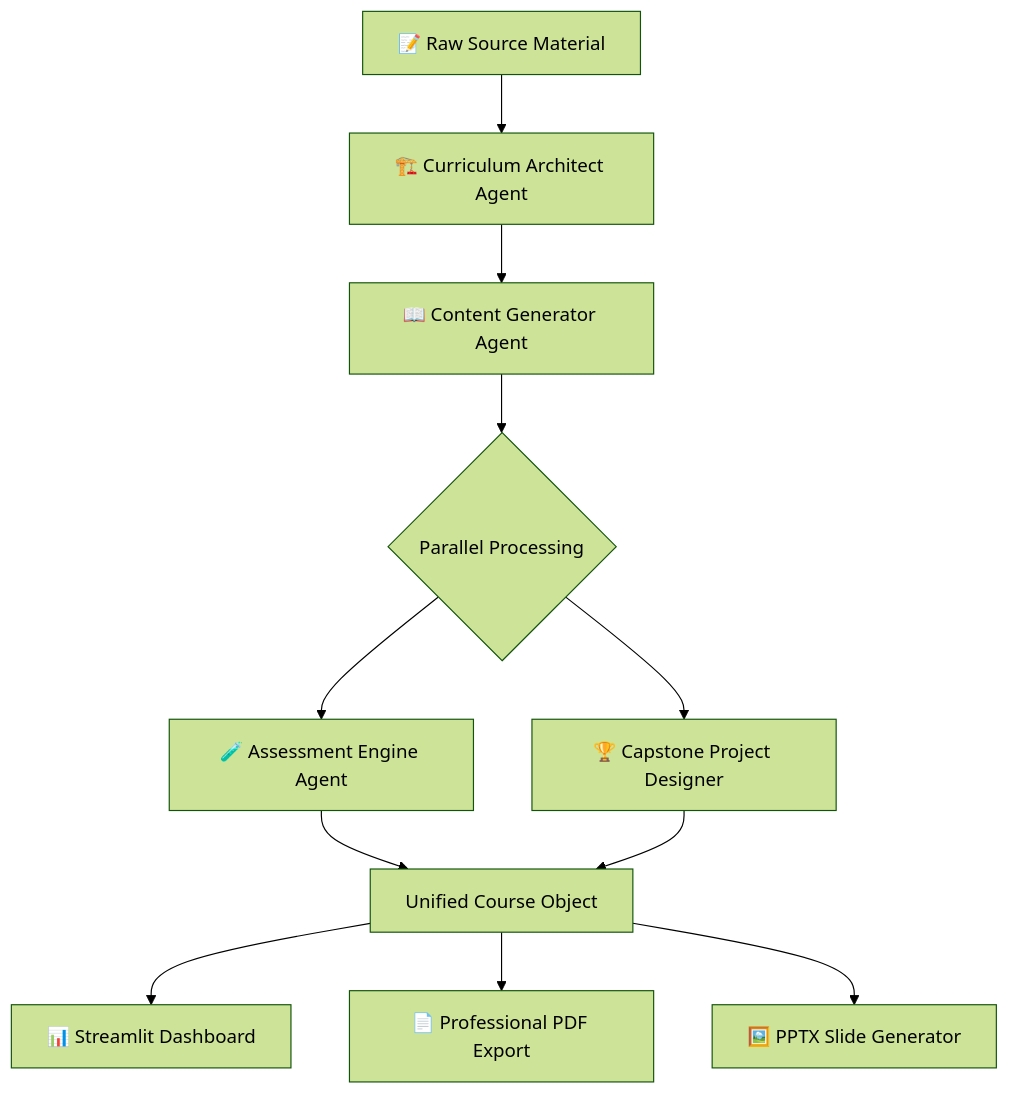
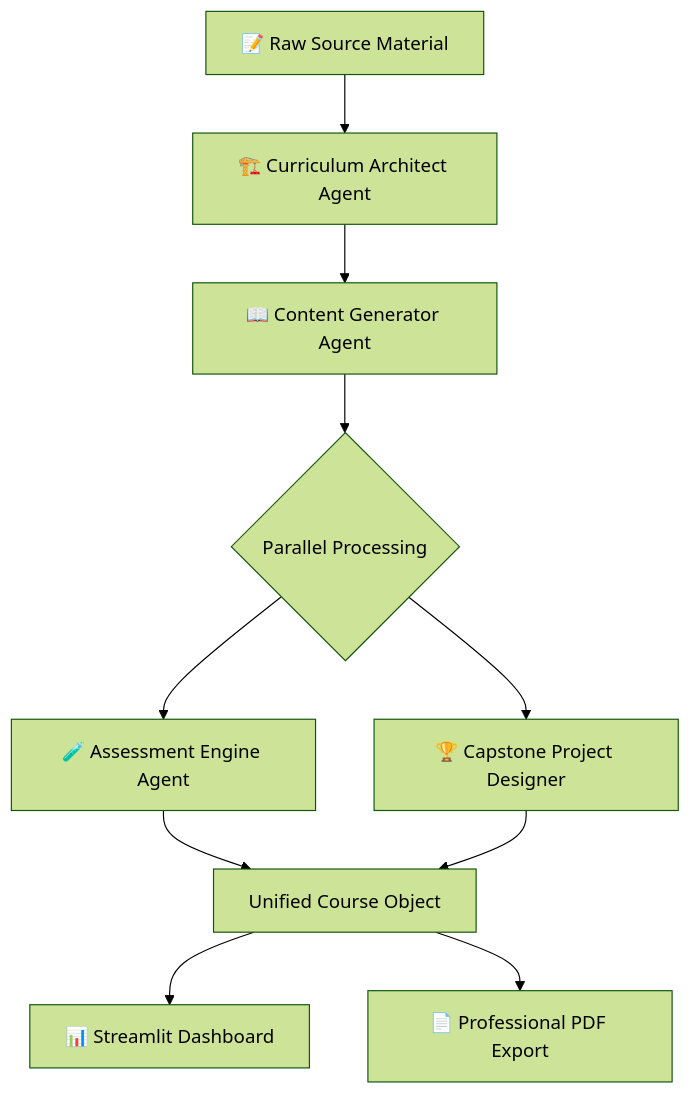
The diagram in README.md (PriyanshuCP42/Course_Architect_Agent), drawn with Mermaid (forest theme) before and after one commit.

Commit message:
docs: Remove PPTX generator from architecture diagram

````diff
--- a/README.md
+++ b/README.md
@@ -56,13 +56,12 @@
 ```mermaid
 graph TD
     A["📝 Raw Source Material"] --> B["🏗️ Curriculum Architect Agent"]
     B --> C["📖 Content Generator Agent"]
     C --> D{"Parallel Processing"}
     D --> E["🧪 Assessment Engine Agent"]
     D --> F["🏆 Capstone Project Designer"]
     E --> G["Unified Course Object"]
     F --> G
     G --> H["📊 Streamlit Dashboard"]
     G --> I["📄 Professional PDF Export"]
-    G --> J["🖼️ PPTX Slide Generator"]
 ```
````
